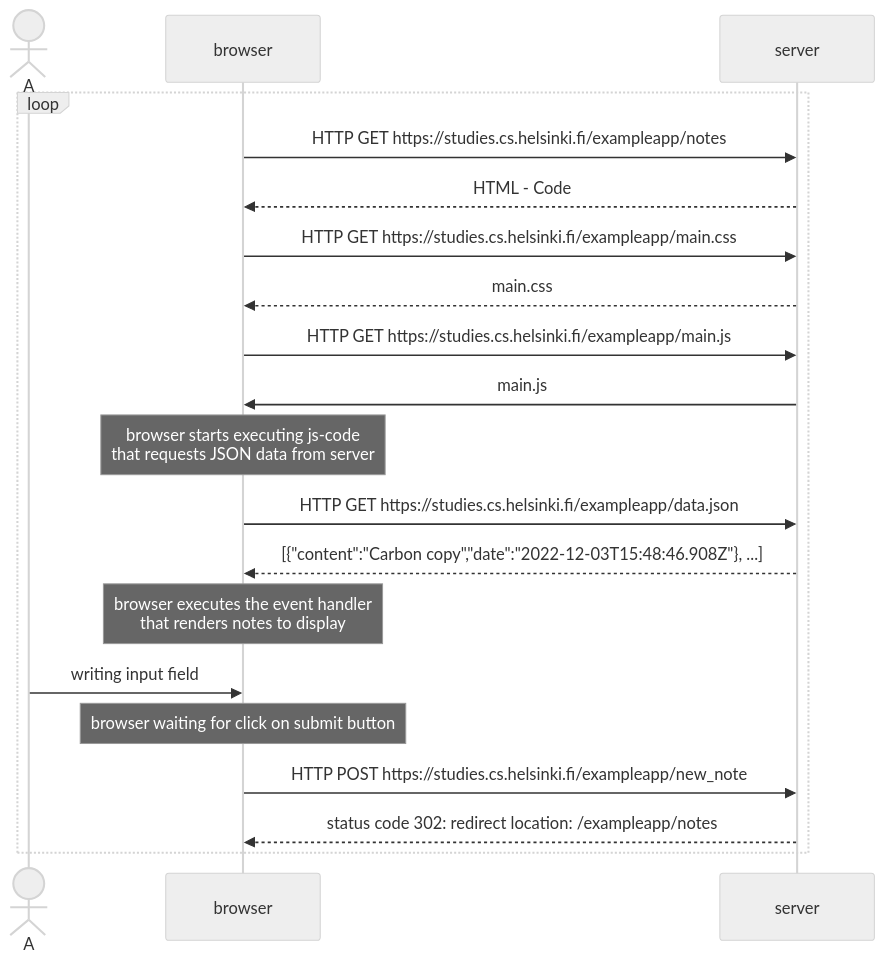
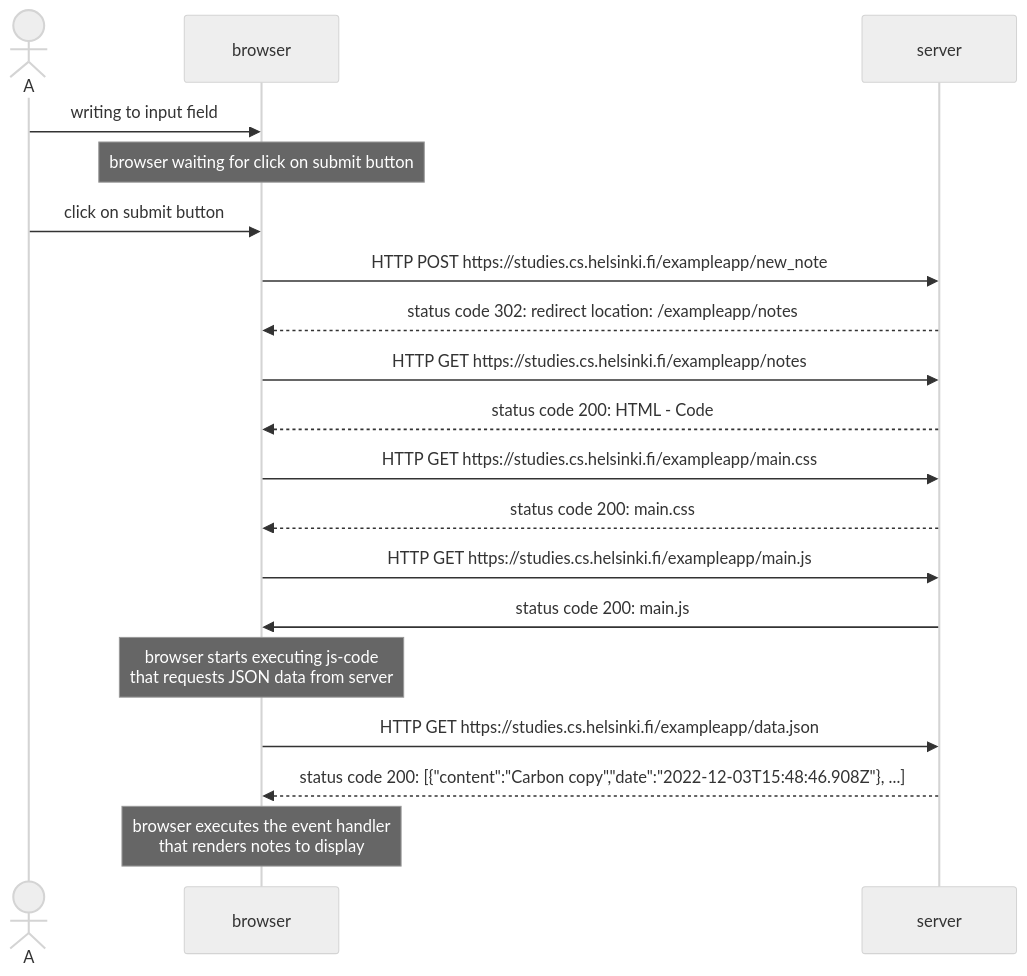
Before and after one commit to IoniteMaize17/fullstackopen2022_part0: the diagram in Exercise_0_4.md, drawn with Mermaid (neutral theme).

````diff
--- a/Exercise_0_4.md
+++ b/Exercise_0_4.md
@@ -1,27 +1,26 @@
 ```mermaid
 sequenceDiagram
-loop
+
 actor A
+A->>browser: writing to input field
+note over browser: browser waiting for click on submit button
+A->>browser: click on submit button
+browser->>server: HTTP POST https://studies.cs.helsinki.fi/exampleapp/new_note
+server-->>browser: status code 302: redirect location: /exampleapp/notes
+
 browser->>server: HTTP GET https://studies.cs.helsinki.fi/exampleapp/notes
-server-->>browser: HTML - Code
+server-->>browser: status code 200: HTML - Code
 browser->>server: HTTP GET https://studies.cs.helsinki.fi/exampleapp/main.css
-server-->>browser: main.css
+server-->>browser: status code 200: main.css
 browser->>server: HTTP GET https://studies.cs.helsinki.fi/exampleapp/main.js
-server->>browser: main.js
+server->>browser: status code 200: main.js
 
 note over browser: browser starts executing js-code <br>that requests JSON data from server 
 
 
 browser->>server: HTTP GET https://studies.cs.helsinki.fi/exampleapp/data.json
-server-->>browser: [{"content":"Carbon copy","date":"2022-12-03T15:48:46.908Z"}, ...]
+server-->>browser: status code 200: [{"content":"Carbon copy","date":"2022-12-03T15:48:46.908Z"}, ...]
 
 note over browser: browser executes the event handler <br>that renders notes to display
 
-
-A->>browser: writing input field
-note over browser: browser waiting for click on submit button
-
-browser->>server: HTTP POST https://studies.cs.helsinki.fi/exampleapp/new_note
-server-->>browser: status code 302: redirect location: /exampleapp/notes
-end
 ```
````
